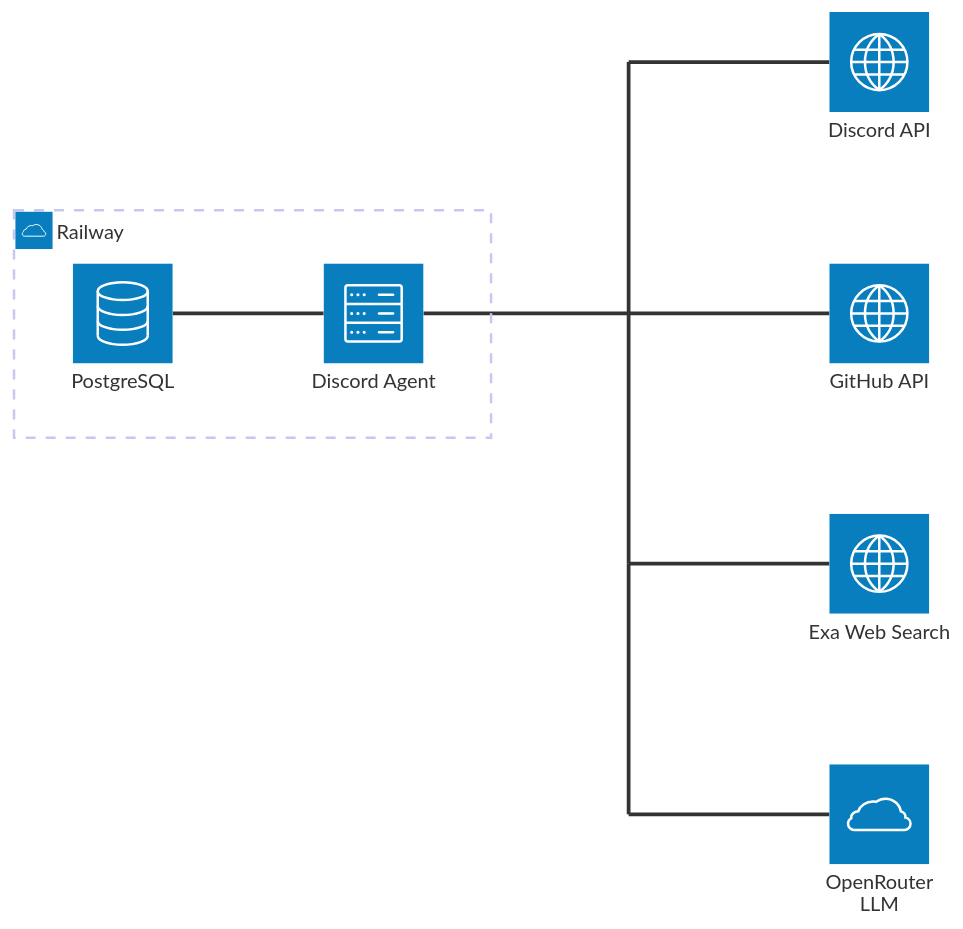
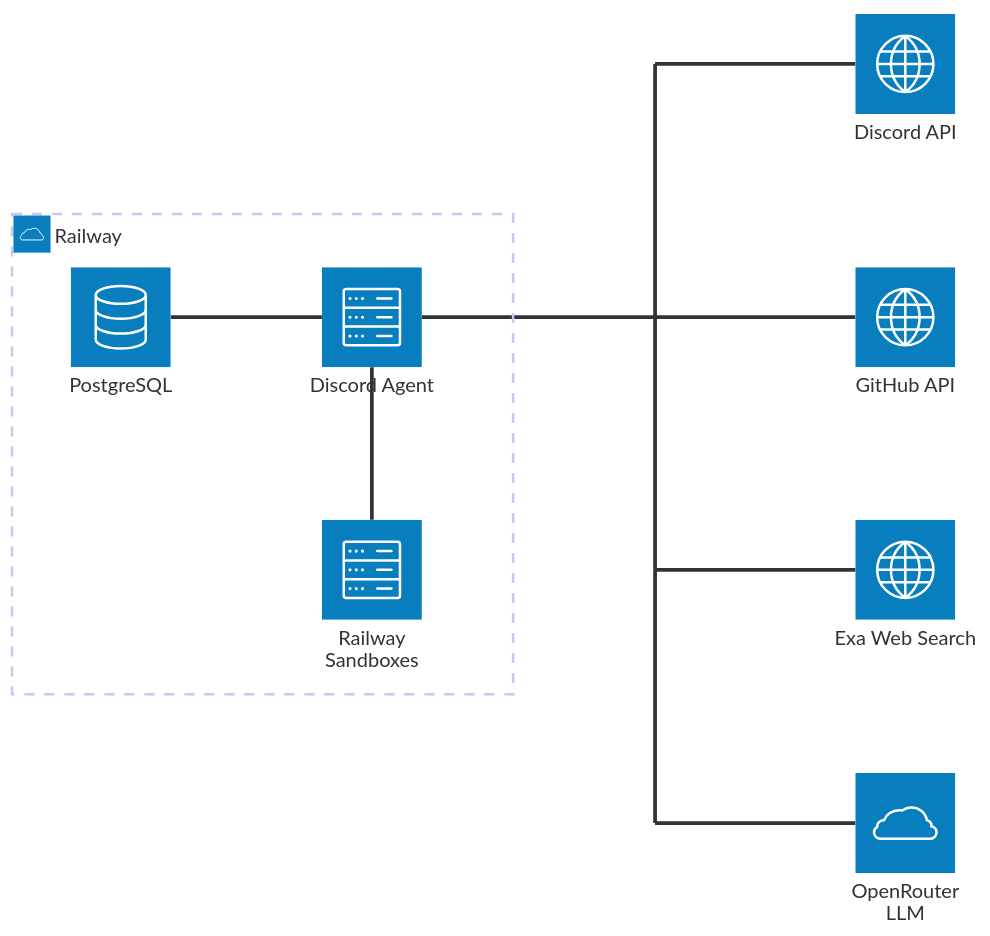
The second of 2 diagrams in README.md (Bluzzi/Discord-AI-Bot), drawn with Mermaid before and after one commit. The commit also changed other lines of this file, not shown here.

Commit message:
Document Railway Sandboxes in the architecture overview

````diff
--- a/README.md
+++ b/README.md
@@ -51,26 +53,28 @@
 ```mermaid
 architecture-beta
     group railway(cloud)[Railway]
     service db(database)[PostgreSQL] in railway
     service bot(server)[Discord Agent] in railway
+    service sandbox(server)[Railway Sandboxes] in railway
 
     service discord(internet)[Discord API]
     service github(internet)[GitHub API]
     service search(internet)[Exa Web Search]
     service model(cloud)[OpenRouter LLM]
 
     junction top
     junction middle
     junction lower
     junction bottom
 
     db:R -- L:bot
+    bot:B -- T:sandbox
     bot:R -- L:middle
     top:B -- T:middle
     middle:B -- T:lower
     lower:B -- T:bottom
     top:R -- L:discord
     middle:R -- L:github
     lower:R -- L:search
     bottom:R -- L:model
 ```
````
